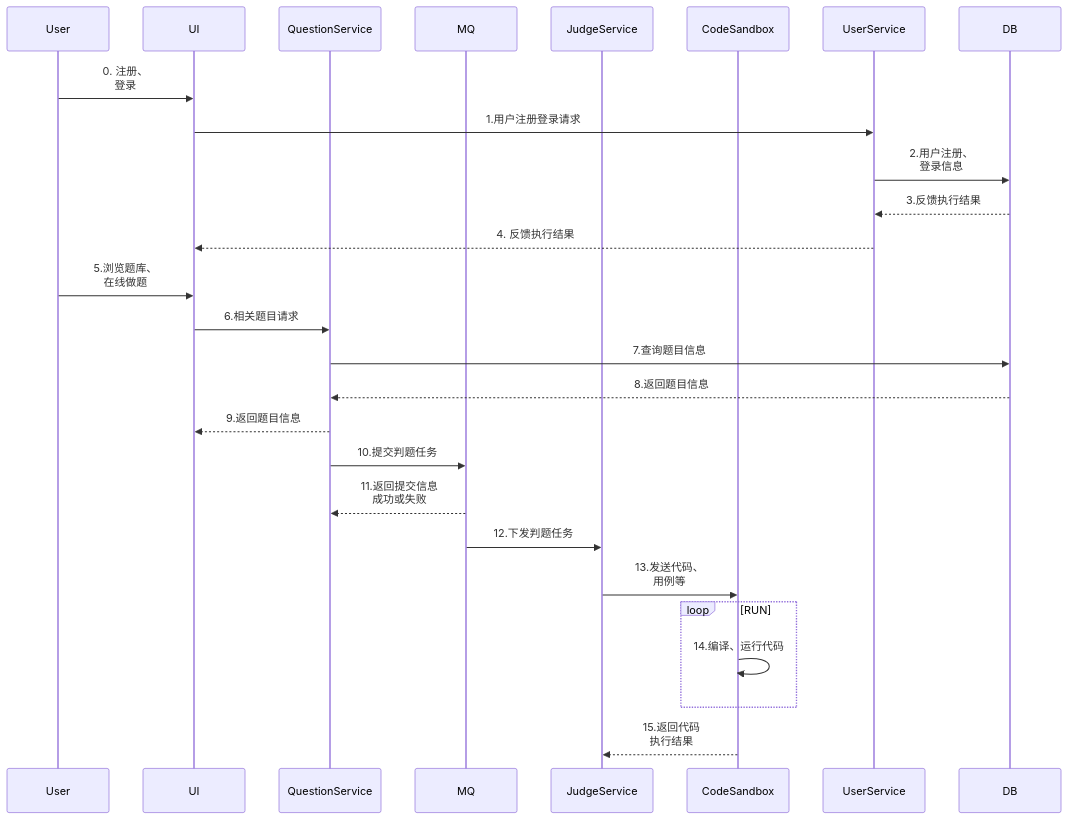
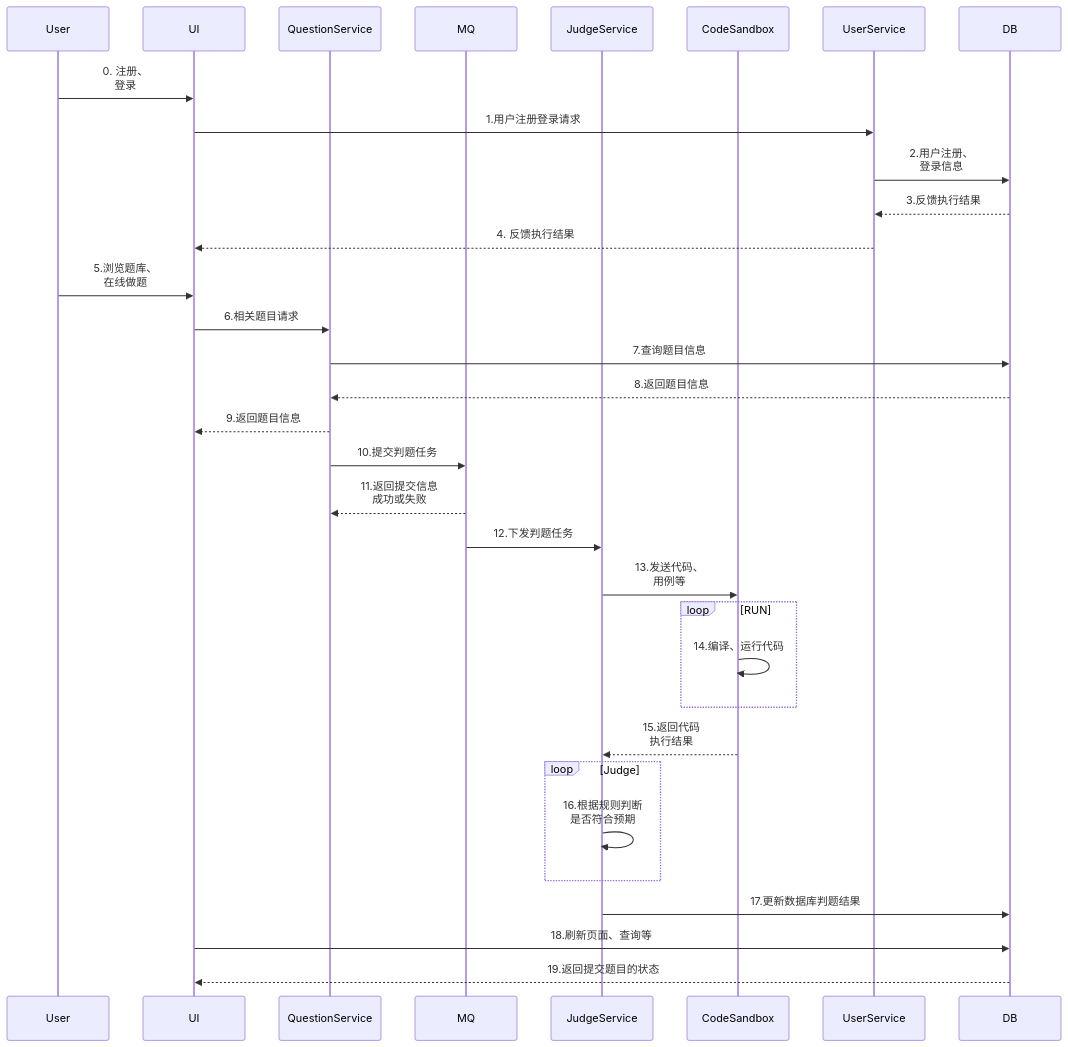
Before and after one commit to LiangshouX/bitoj: the diagram in README.md, drawn with Mermaid. The commit also changed other lines of this file, not shown here.

````diff
--- a/README.md
+++ b/README.md
@@ -198,30 +170,37 @@
 ```mermaid
 sequenceDiagram
     participant User
     participant UI 
     participant QuestionService
     participant MQ 
     participant JudgeService 
     participant CodeSandbox 
     participant UserService
     participant DB
   	User ->> UI: 0. 注册、<br>登录
   	UI ->> UserService: 1.用户注册登录请求
   	UserService ->> DB: 2.用户注册、<br>登录信息
   	DB -->> UserService: 3.反馈执行结果
   	UserService -->> UI: 4. 反馈执行结果
   	
   	User ->> UI: 5.浏览题库、<br> 在线做题
   	UI ->> QuestionService: 6.相关题目请求
   	QuestionService ->> DB: 7.查询题目信息
   	DB -->> QuestionService: 8.返回题目信息
   	QuestionService -->> UI: 9.返回题目信息
   	QuestionService ->> MQ: 10.提交判题任务
   	MQ -->> QuestionService: 11.返回提交信息<br>成功或失败
   	MQ ->> JudgeService: 12.下发判题任务
   	JudgeService ->> CodeSandbox: 13.发送代码、<br>用例等
   	loop RUN
   		CodeSandbox ->> CodeSandbox: 14.编译、运行代码
   	end
     CodeSandbox -->> JudgeService: 15.返回代码<br>执行结果
+    loop Judge
+  		JudgeService ->> JudgeService: 16.根据规则判断<br>是否符合预期
+  	end
+  	JudgeService ->> DB: 17.更新数据库判题结果
+  	
+  	UI ->> DB: 18.刷新页面、查询等
+  	DB -->> UI: 19.返回提交题目的状态
 ```
````
